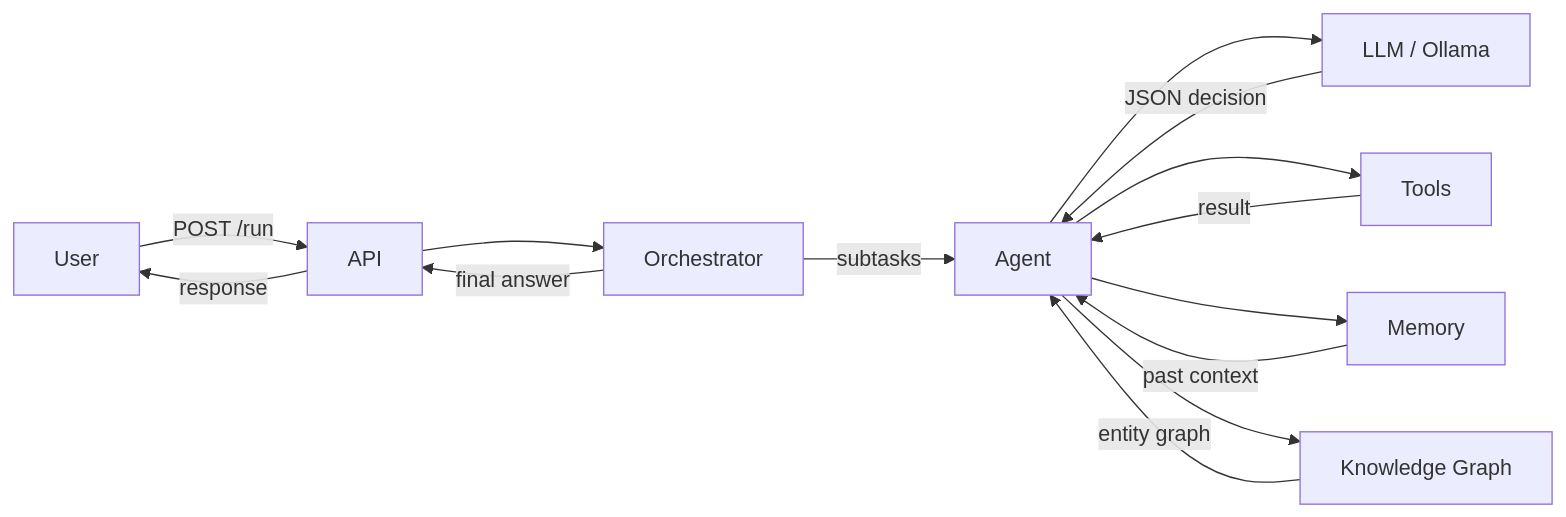
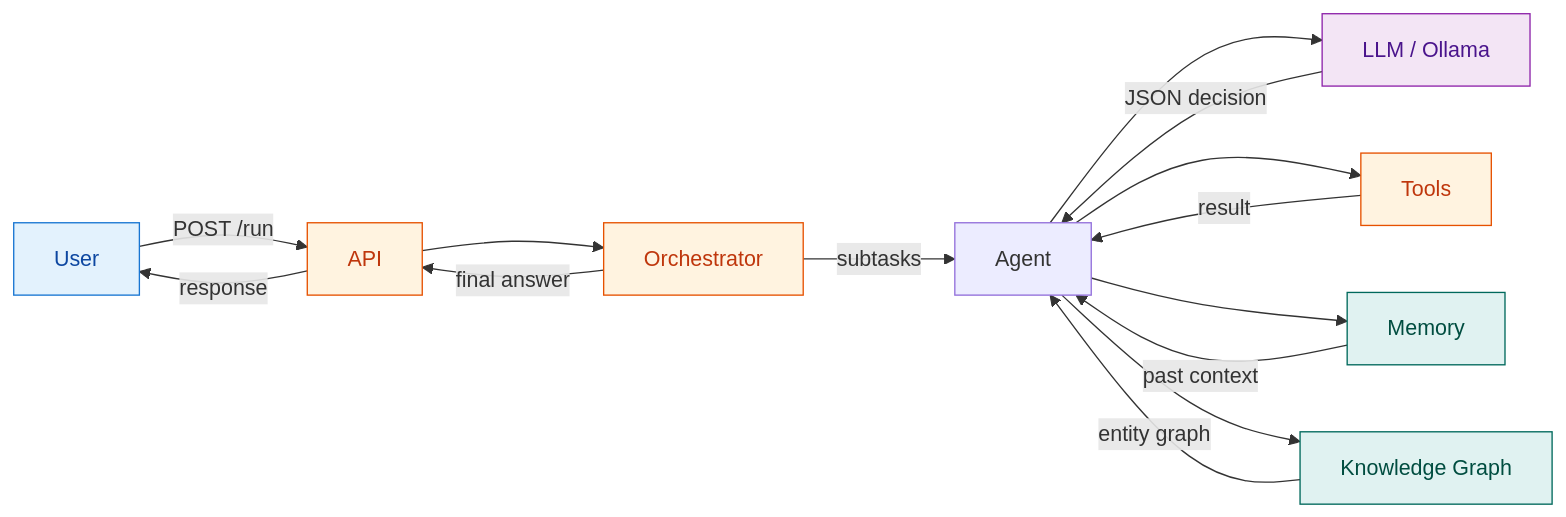
Before and after one commit to Guebbit/AI-coding-assistant: the diagram in docs/index.md, drawn with Mermaid. The commit also changed 54 other files, not shown here.

First line of the commit message:
docs: add mermaid diagrams to quickstart & ollama-notes, color-code all flowcharts

````diff
--- a/docs/index.md
+++ b/docs/index.md
@@ -40,16 +40,23 @@
 ```mermaid
 flowchart LR
     User -->|POST /run| API
     API --> Orchestrator
     Orchestrator -->|subtasks| Agent
     Agent --> LLM[LLM / Ollama]
     Agent --> Tools[Tools]
     Agent --> Memory
     Agent --> KG[Knowledge Graph]
     LLM -->|JSON decision| Agent
     Tools -->|result| Agent
     Memory -->|past context| Agent
     KG -->|entity graph| Agent
     Orchestrator -->|final answer| API
     API -->|response| User
+    style LLM fill:#f3e5f5,stroke:#8e24aa,color:#4a148c
+    style Tools fill:#fff3e0,stroke:#e65100,color:#bf360c
+    style KG fill:#e0f2f1,stroke:#00695c,color:#004d40
+    style User fill:#e3f2fd,stroke:#1976d2,color:#0d47a1
+    style API fill:#fff3e0,stroke:#e65100,color:#bf360c
+    style Orchestrator fill:#fff3e0,stroke:#e65100,color:#bf360c
+    style Memory fill:#e0f2f1,stroke:#00695c,color:#004d40
 ```
````
